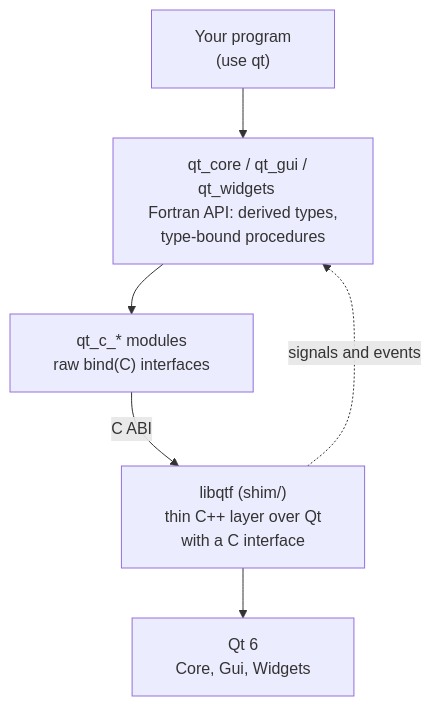
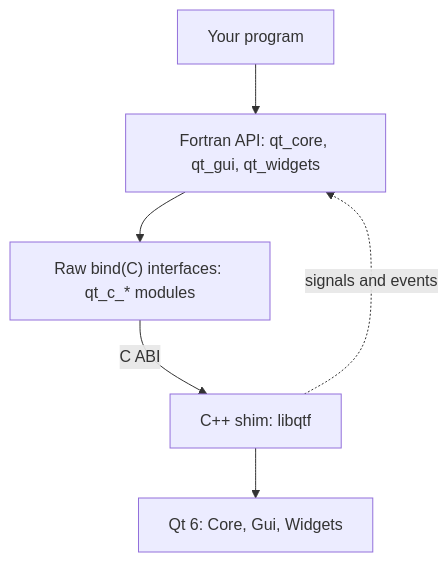
Before and after one commit to jacobwilliams/qt-fortran: the diagram in README.md, drawn with Mermaid.

Commit message:
make it simplier

````diff
--- a/README.md
+++ b/README.md
@@ -200,14 +200,13 @@
 ```mermaid
-%%{init: {"themeVariables": {"fontFamily": "Arial, Helvetica, sans-serif"}}}%%
 flowchart TD
-    app["&nbsp;&nbsp;&nbsp;Your program&nbsp;&nbsp;&nbsp;<br/>(use qt)"]
-    api["&nbsp;&nbsp;&nbsp;qt_core / qt_gui / qt_widgets&nbsp;&nbsp;&nbsp;<br/>Fortran API: derived types,<br/>type-bound procedures"]
-    raw["qt_c_* modules<br/>&nbsp;&nbsp;&nbsp;raw bind(C) interfaces&nbsp;&nbsp;&nbsp;"]
-    shim["libqtf (shim/)<br/>&nbsp;&nbsp;&nbsp;thin C++ layer over Qt&nbsp;&nbsp;&nbsp;<br/>with a C interface"]
-    qt["Qt 6<br/>&nbsp;&nbsp;&nbsp;Core, Gui, Widgets&nbsp;&nbsp;&nbsp;"]
+    app["Your program"]
+    api["Fortran API: qt_core, qt_gui, qt_widgets"]
+    raw["Raw bind(C) interfaces: qt_c_* modules"]
+    shim["C++ shim: libqtf"]
+    qt["Qt 6: Core, Gui, Widgets"]
 
     app --> api --> raw
     raw -- C ABI --> shim
     shim --> qt
     shim -. signals and events .-> api
 ```
````
